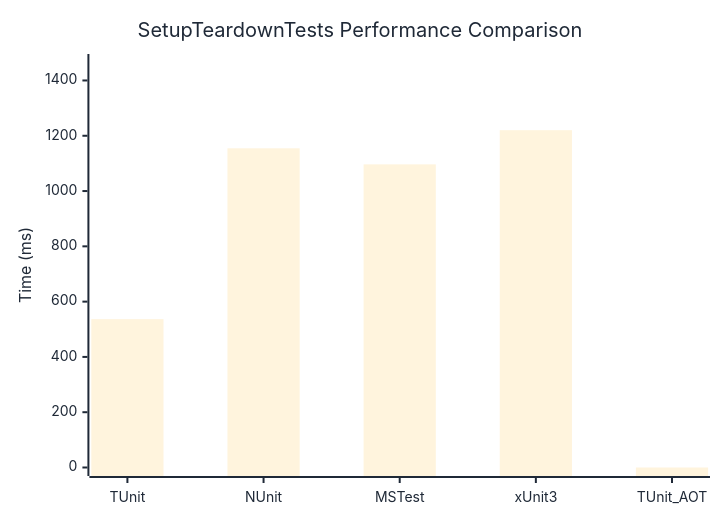
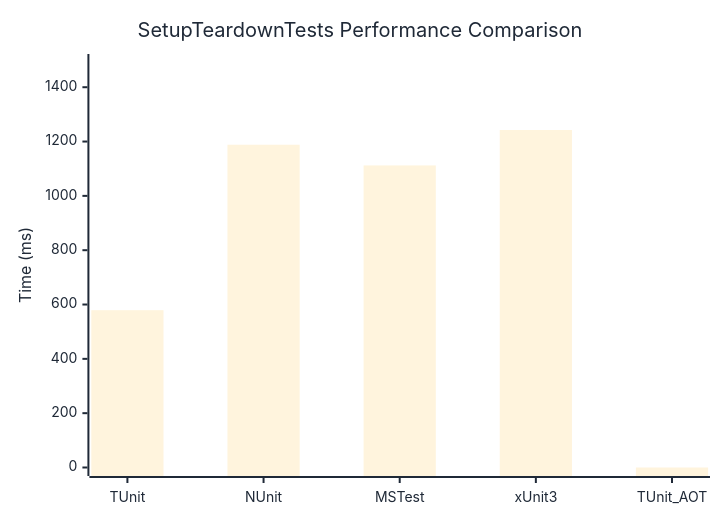
Before and after one commit to thomhurst/TUnit: the diagram in docs/docs/benchmarks/SetupTeardownTests.md, drawn with Mermaid. The commit also changed other lines of this file and 17 other files, not shown here.

````diff
--- a/docs/docs/benchmarks/SetupTeardownTests.md
+++ b/docs/docs/benchmarks/SetupTeardownTests.md
@@ -27,37 +27,37 @@
 ```mermaid
 %%{init: {
   'theme':'base',
   'themeVariables': {
     'primaryColor': '#2563eb',
     'primaryTextColor': '#1f2937',
     'primaryBorderColor': '#1e40af',
     'lineColor': '#6b7280',
     'secondaryColor': '#7c3aed',
     'tertiaryColor': '#dc2626',
     'background': '#ffffff',
     'mainBkg': '#2563eb',
     'secondBkg': '#7c3aed',
     'tertiaryBkg': '#dc2626',
     'clusterBkg': '#f3f4f6',
     'edgeLabelBackground': '#ffffff',
     'tertiaryTextColor': '#1f2937',
     'pie1': '#2563eb',
     'pie2': '#7c3aed',
     'pie3': '#dc2626',
     'pie4': '#f59e0b',
     'pie5': '#10b981',
     'pie6': '#06b6d4',
     'pie7': '#ec4899',
     'pie8': '#6366f1',
     'pie9': '#84cc16',
     'pie10': '#f97316',
     'pie11': '#14b8a6',
     'pie12': '#a855f7'
   }
 }}%%
 xychart-beta
   title "SetupTeardownTests Performance Comparison"
   x-axis ["TUnit", "NUnit", "MSTest", "xUnit3", "TUnit_AOT"]
-  y-axis "Time (ms)" 0 --> 1465
-  bar [536.7, 1154.6, 1096.5, 1220.2, 0]
+  y-axis "Time (ms)" 0 --> 1491
+  bar [579.1, 1188.3, 1112.1, 1242.5, 0]
 ```
````
